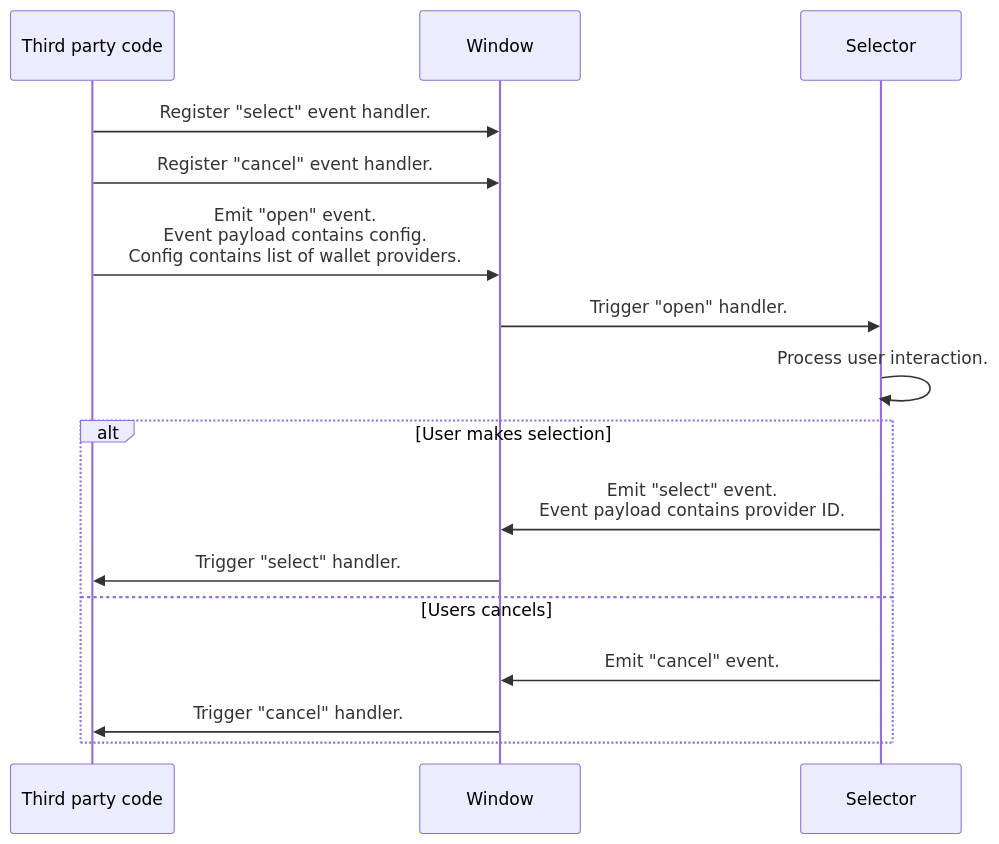
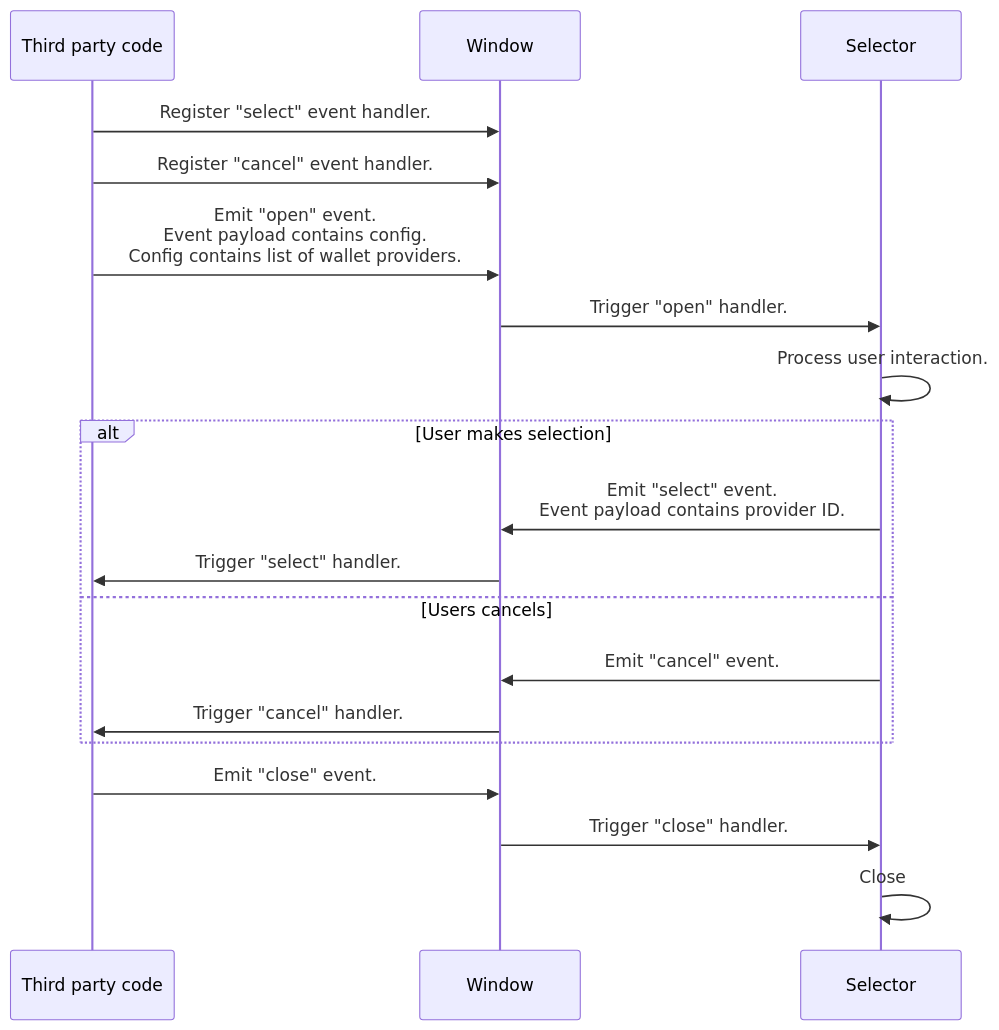
Before and after one commit to secretkeylabs/sats-connect-ui: the diagram in docs/selector-api.md, drawn with Mermaid. The commit also changed other lines of this file, not shown here.

````diff
--- a/docs/selector-api.md
+++ b/docs/selector-api.md
@@ -29,16 +33,20 @@
 ```mermaid
 sequenceDiagram
 
     Third party code->>Window: Register "select" event handler.
     Third party code->>Window: Register "cancel" event handler.
     Third party code->>Window: Emit "open" event.<br/>Event payload contains config.<br/>Config contains list of wallet providers.
     Window ->> Selector: Trigger "open" handler.
     Selector ->> Selector: Process user interaction.
     alt User makes selection
         Selector->>Window: Emit "select" event.<br/>Event payload contains provider ID.
         Window ->>Third party code: Trigger "select" handler.
     else Users cancels
         Selector->>Window: Emit "cancel" event.
         Window ->>Third party code: Trigger "cancel" handler.
     end
+    Third party code ->>Window: Emit "close" event.
+    Window ->> Selector: Trigger "close" handler.
+    Selector ->> Selector: Close
+
 ```
````
